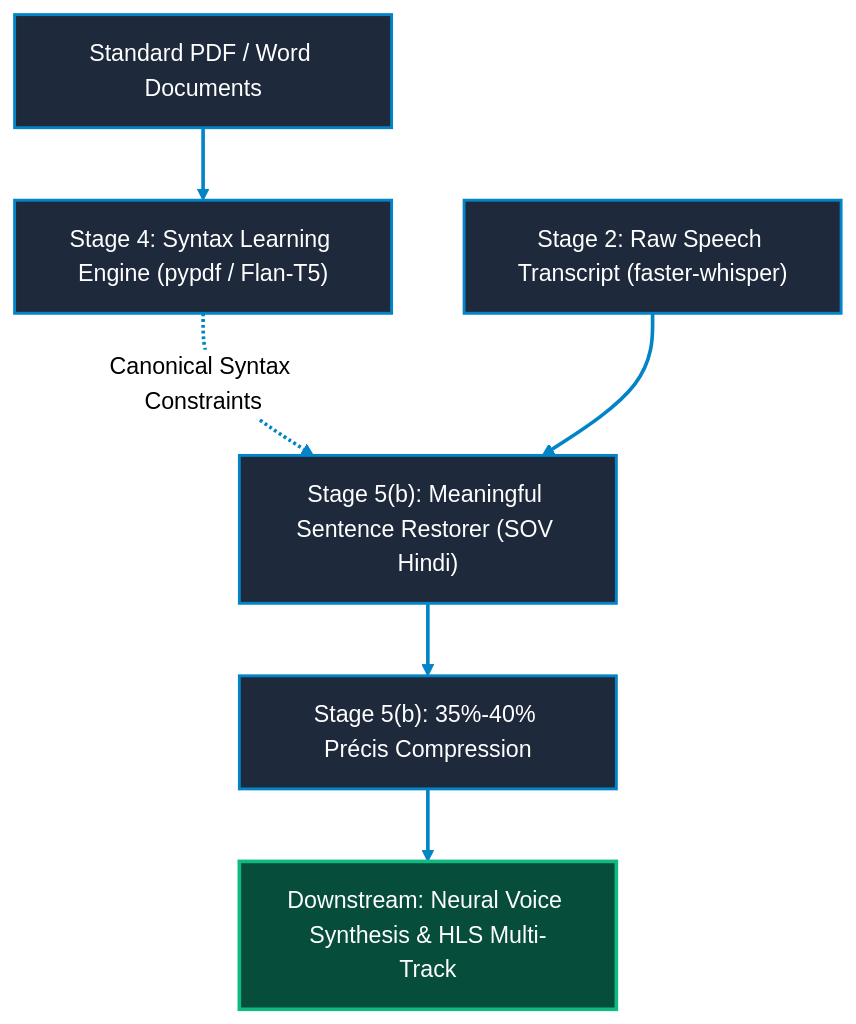
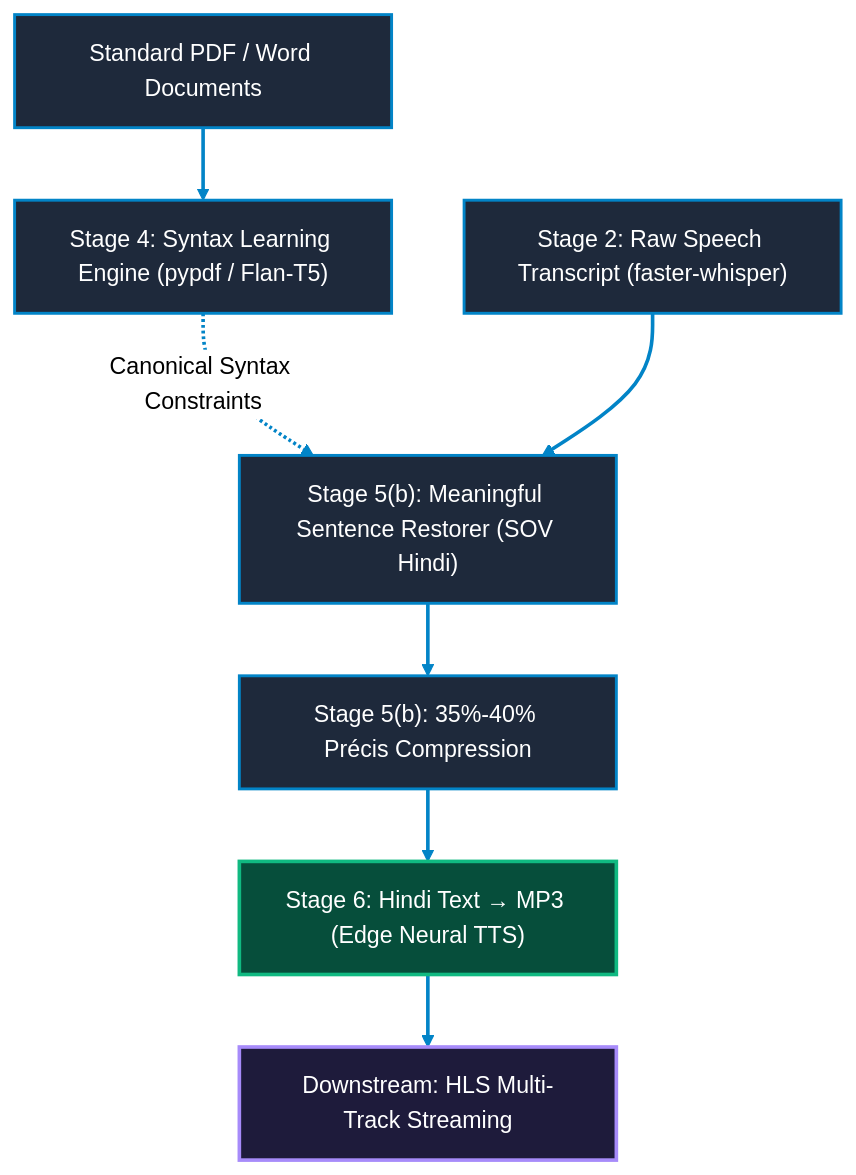
Before and after one commit to Babin123456/Nativox: the diagram in ROADMAP.md, drawn with Mermaid (neutral theme). The commit also changed other lines of this file, not shown here.

Commit message:
Update roadmap milestones to reflect completed stage six neural speech synthesis

````diff
--- a/ROADMAP.md
+++ b/ROADMAP.md
@@ -16,23 +16,27 @@
 ```mermaid
 graph TD
     DOC["Standard PDF / Word Documents"]
     INGEST["Stage 4: Syntax Learning Engine (pypdf / Flan-T5)"]
     ASR_IN["Stage 2: Raw Speech Transcript (faster-whisper)"]
     REFORM["Stage 5(b): Meaningful Sentence Restorer (SOV Hindi)"]
     COMPRESS["Stage 5(b): 35%-40% Précis Compression"]
-    SYNTH["Downstream: Neural Voice Synthesis & HLS Multi-Track"]
+    TTS["Stage 6: Hindi Text → MP3 (Edge Neural TTS)"]
+    SYNTH["Downstream: HLS Multi-Track Streaming"]
 
     DOC --> INGEST
     INGEST -.->|Canonical Syntax Constraints| REFORM
     ASR_IN --> REFORM
     REFORM --> COMPRESS
-    COMPRESS --> SYNTH
+    COMPRESS --> TTS
+    TTS --> SYNTH
 
     linkStyle default stroke:#0284C7,stroke-width:2.5px;
 
     classDef stageNode fill:#1E293B,stroke:#0284C7,stroke-width:2px,color:#FFFFFF;
-    classDef finalNode fill:#064E3B,stroke:#10B981,stroke-width:2.5px,color:#FFFFFF;
+    classDef doneNode fill:#064E3B,stroke:#10B981,stroke-width:2.5px,color:#FFFFFF;
+    classDef finalNode fill:#1E1B3B,stroke:#A78BFA,stroke-width:2.5px,color:#FFFFFF;
 
     class DOC,INGEST,ASR_IN,REFORM,COMPRESS stageNode;
+    class TTS doneNode;
     class SYNTH finalNode;
 ```
````
